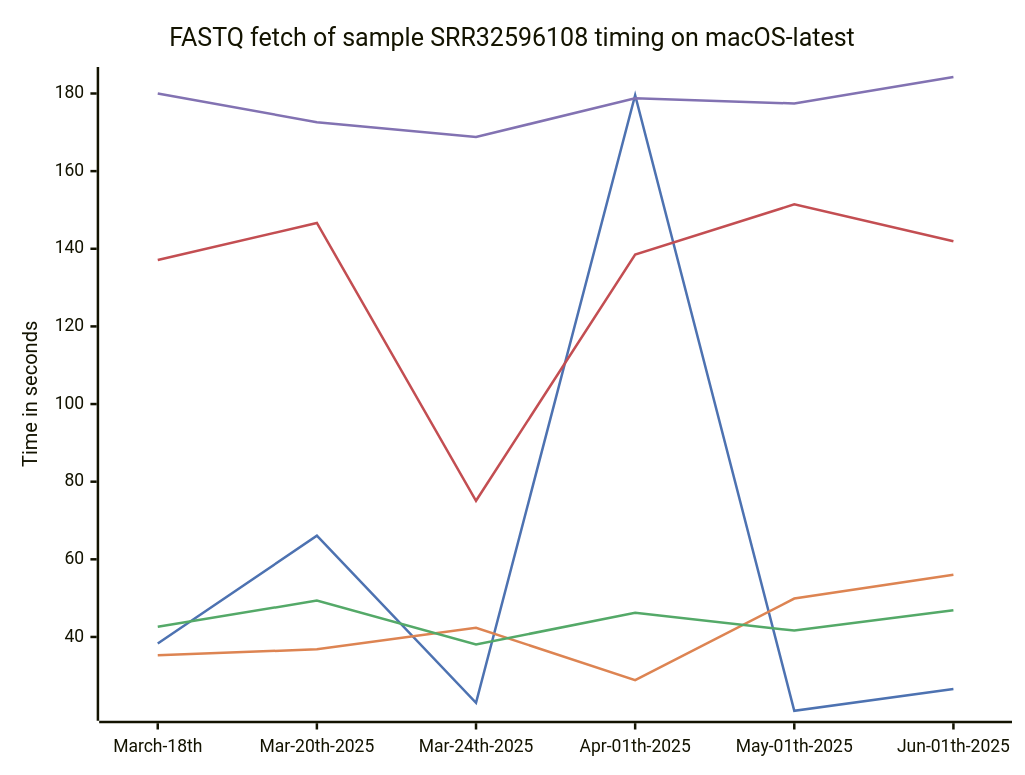
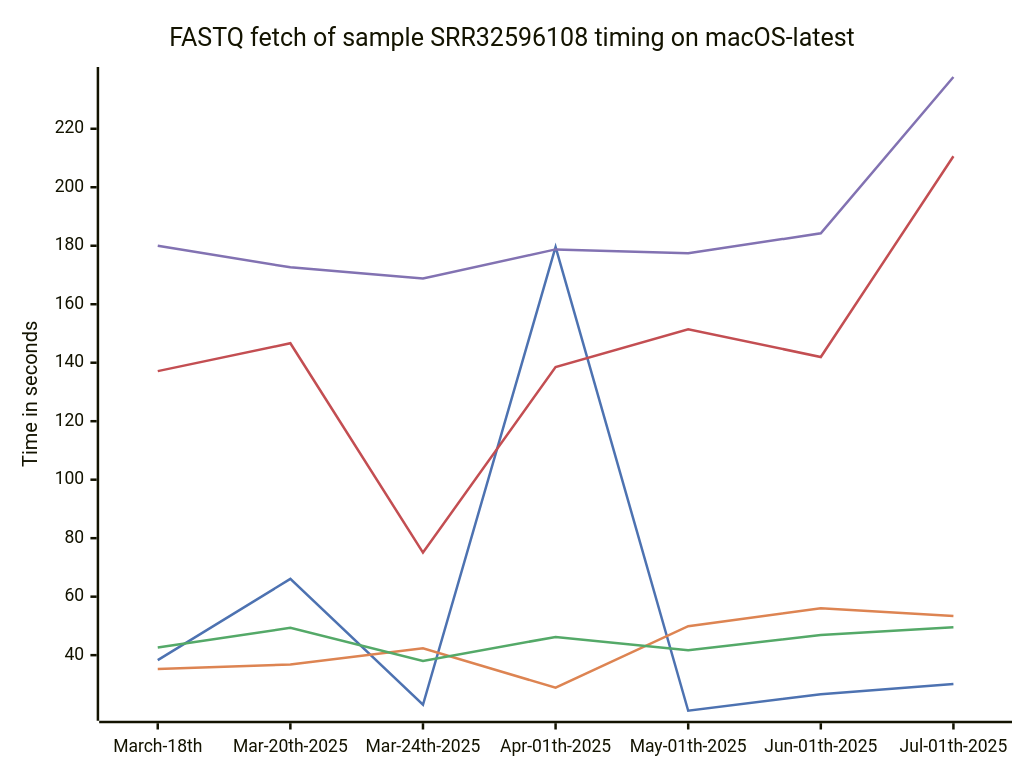
The diagram in README.md (biermanr/Download_SRA_FASTQ_Benchmarks), drawn with Mermaid before and after one commit. The commit also changed other lines of this file, not shown here.

Commit message:
Updated timings in README

````diff
--- a/README.md
+++ b/README.md
@@ -12,20 +12,20 @@
 ```mermaid
 ---
 config:
     xyChart:
         width: 800
         height: 600
     themeVariables:
         xyChart:
             plotColorPalette: "#4d72b1,#dd8452,#54a968,#c34e52,#8272b2"
 ---
 xychart-beta
     title "FASTQ fetch of sample SRR32596108 timing on macOS-latest"
-    x-axis [ March-18th, Mar-20th-2025, Mar-24th-2025, Apr-01th-2025, May-01th-2025, Jun-01th-2025 ]
+    x-axis [ March-18th, Mar-20th-2025, Mar-24th-2025, Apr-01th-2025, May-01th-2025, Jun-01th-2025, Jul-01th-2025 ]
     y-axis "Time in seconds"
-    line "aria2c_EBI_data" [ 38.31, 66.08, 23.05, 179.59, 20.99, 26.62 ]
-    line "prefetch_fasterq-dump_data" [ 35.28, 36.82, 42.38, 28.86, 49.89, 56.04 ]
-    line "aws_fasterq-dump_data" [ 42.61, 49.37, 38.05, 46.24, 41.65, 46.90 ]
-    line "fasterq-dump_only_data" [ 137.12, 146.65, 75.08, 138.50, 151.45, 141.95 ]
-    line "fastq-dump_only_data" [ 180.01, 172.61, 168.79, 178.75, 177.43, 184.25 ]
+    line "aria2c_EBI_data" [ 38.31, 66.08, 23.05, 179.59, 20.99, 26.62, 30.10 ]
+    line "prefetch_fasterq-dump_data" [ 35.28, 36.82, 42.38, 28.86, 49.89, 56.04, 53.35 ]
+    line "aws_fasterq-dump_data" [ 42.61, 49.37, 38.05, 46.24, 41.65, 46.90, 49.51 ]
+    line "fasterq-dump_only_data" [ 137.12, 146.65, 75.08, 138.50, 151.45, 141.95, 210.59 ]
+    line "fastq-dump_only_data" [ 180.01, 172.61, 168.79, 178.75, 177.43, 184.25, 237.70 ]
  ```
````
